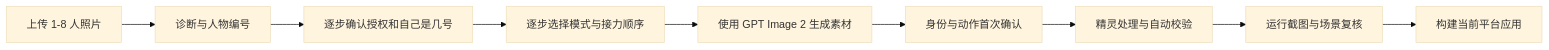
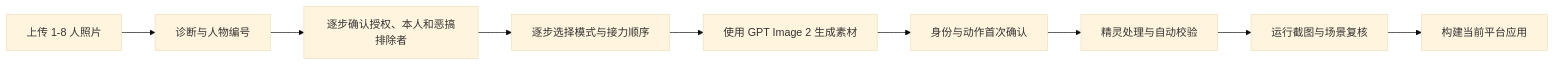
Before and after one commit to zhoutian1995/love-roommate: the diagram in README.md, drawn with Mermaid (base theme). The commit also changed other lines of this file and 39 other files, not shown here.

````diff
--- a/README.md
+++ b/README.md
@@ -89,11 +98,11 @@
 ```mermaid
 flowchart LR
     A["上传 1-8 人照片"] --> B["诊断与人物编号"]
-    B --> C["逐步确认授权和自己是几号"]
+    B --> C["逐步确认授权、本人和恶搞排除者"]
     C --> D["逐步选择模式与接力顺序"]
     D --> E["使用 GPT Image 2 生成素材"]
     E --> F["身份与动作首次确认"]
     F --> G["精灵处理与自动校验"]
     G --> H["运行截图与场景复核"]
     H --> I["构建当前平台应用"]
 ```
````
